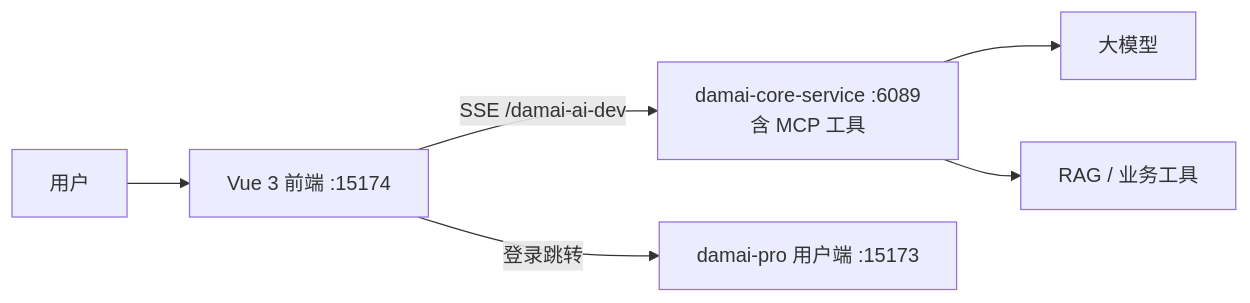
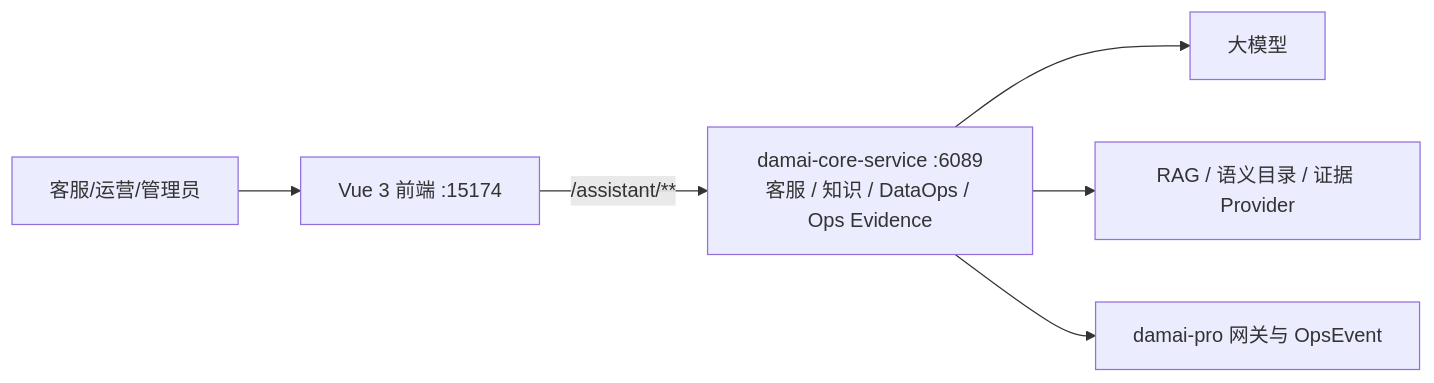
The diagram in damai-ai/vue/README.md (LittleSongxx/damai), drawn with Mermaid before and after one commit. The commit also changed other lines of this file and 227 other files, not shown here.

````diff
--- a/damai-ai/vue/README.md
+++ b/damai-ai/vue/README.md
@@ -5,8 +5,8 @@
 ```mermaid
 graph LR
-    User[用户] --> Vue[Vue 3 前端 :15174]
-    Vue -->|SSE /damai-ai-dev| Core[damai-core-service :6089<br/>含 MCP 工具]
+    User[客服/运营/管理员] --> Vue[Vue 3 前端 :15174]
+    Vue -->|/assistant/**| Core[damai-core-service :6089<br/>客服 / 知识 / DataOps / Ops Evidence]
     Core --> Models[大模型]
-    Core --> RAG[RAG / 业务工具]
-    Vue -->|登录跳转| Pro[damai-pro 用户端 :15173]
+    Core --> RAG[RAG / 语义目录 / 证据 Provider]
+    Core --> Pro[damai-pro 网关与 OpsEvent]
 ```
````
